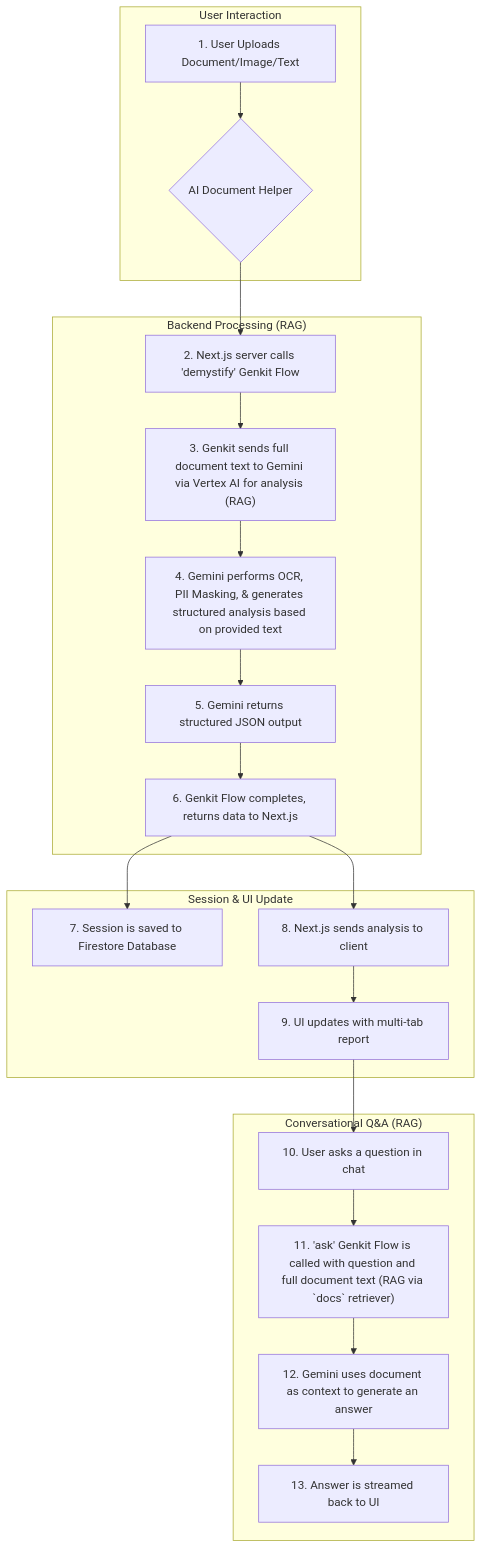
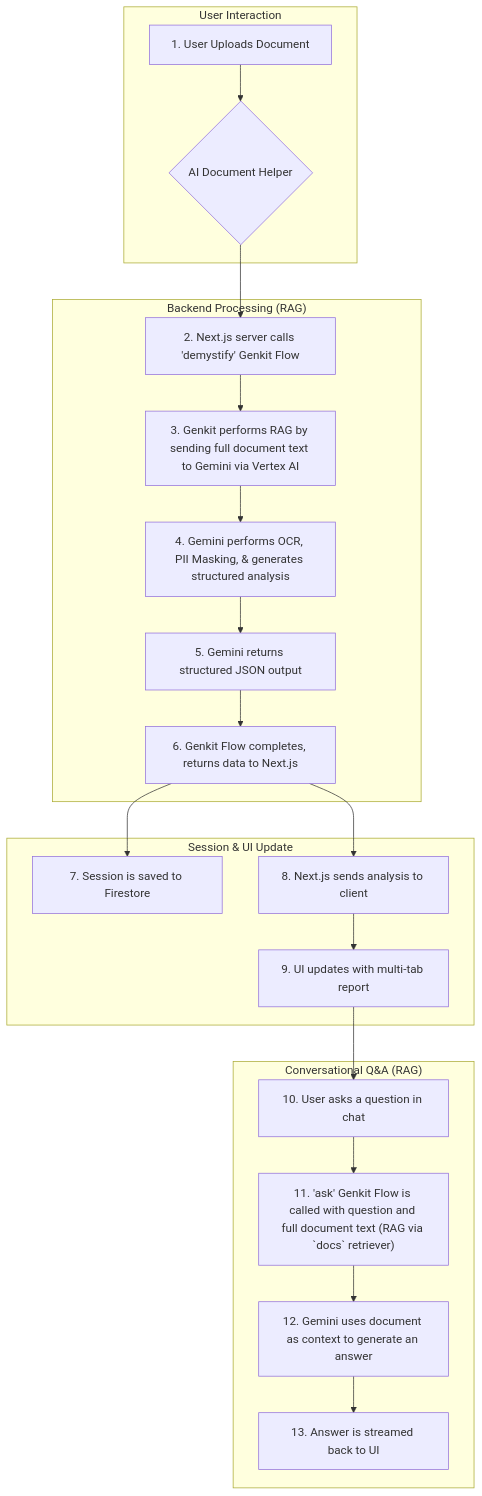
Before and after one commit to RD500/Vidhik: the second of 3 diagrams in README.md, drawn with Mermaid. The commit also changed other lines of this file, not shown here.

````diff
--- a/README.md
+++ b/README.md
@@ -128,24 +125,24 @@
 ```mermaid
 graph TD
     subgraph User Interaction
-        A[1. User Uploads Document/Image/Text] --> B{AI Document Helper};
+        A["1. User Uploads Document"] --> B{"AI Document Helper"};
     end
     subgraph "Backend Processing (RAG)"
-        B --> C[2. Next.js server calls 'demystify' Genkit Flow];
-        C --> D["3. Genkit sends full document text to Gemini via Vertex AI for analysis (RAG)"];
-        D --> E[4. Gemini performs OCR, PII Masking, & generates structured analysis based on provided text];
-        E --> F[5. Gemini returns structured JSON output];
-        F --> G[6. Genkit Flow completes, returns data to Next.js];
+        B --> C["2. Next.js server calls 'demystify' Genkit Flow"];
+        C --> D["3. Genkit performs RAG by sending full document text to Gemini via Vertex AI"];
+        D --> E["4. Gemini performs OCR, PII Masking, & generates structured analysis"];
+        E --> F["5. Gemini returns structured JSON output"];
+        F --> G["6. Genkit Flow completes, returns data to Next.js"];
     end
     subgraph Session & UI Update
-        G --> H[7. Session is saved to Firestore Database];
-        G --> I[8. Next.js sends analysis to client];
-        I --> J[9. UI updates with multi-tab report];
+        G --> H["7. Session is saved to Firestore"];
+        G --> I["8. Next.js sends analysis to client"];
+        I --> J["9. UI updates with multi-tab report"];
     end
     subgraph "Conversational Q&A (RAG)"
-        J --> K[10. User asks a question in chat];
+        J --> K["10. User asks a question in chat"];
         K --> L["11. 'ask' Genkit Flow is called with question and full document text (RAG via `docs` retriever)"];
-        L --> M[12. Gemini uses document as context to generate an answer];
-        M --> N[13. Answer is streamed back to UI];
+        L --> M["12. Gemini uses document as context to generate an answer"];
+        M --> N["13. Answer is streamed back to UI"];
     end
 ```
````
